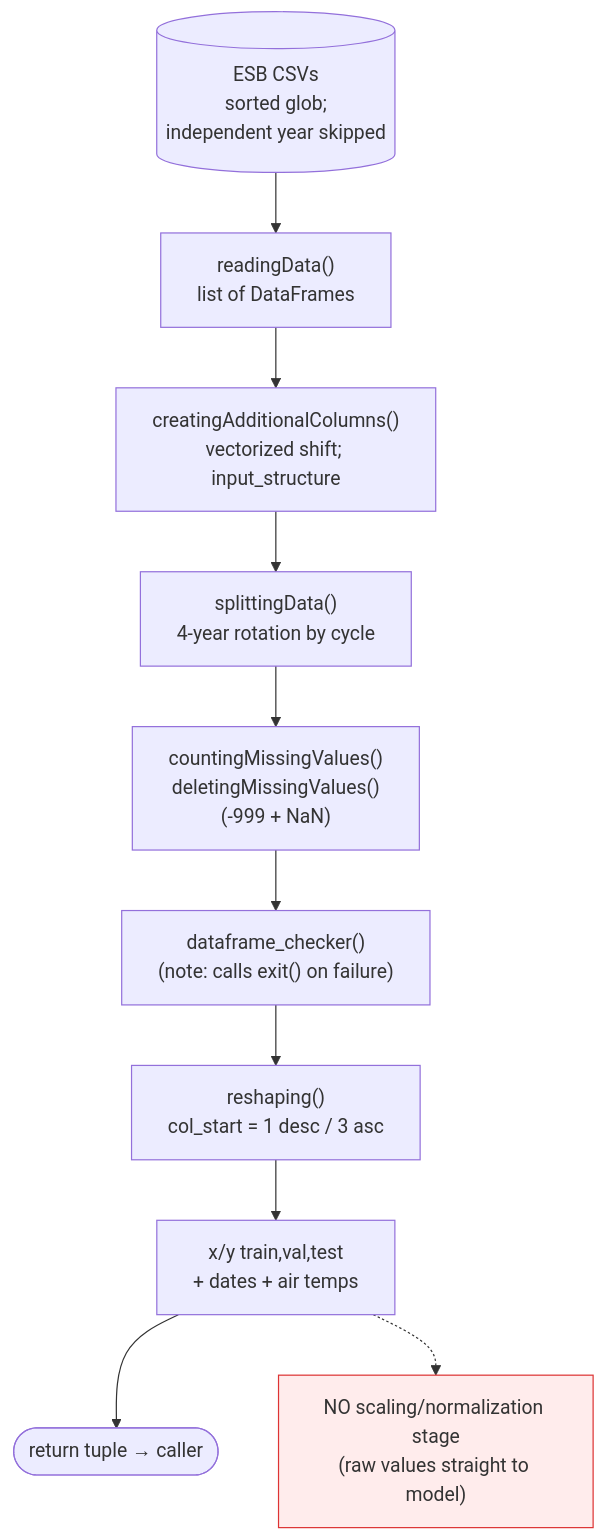
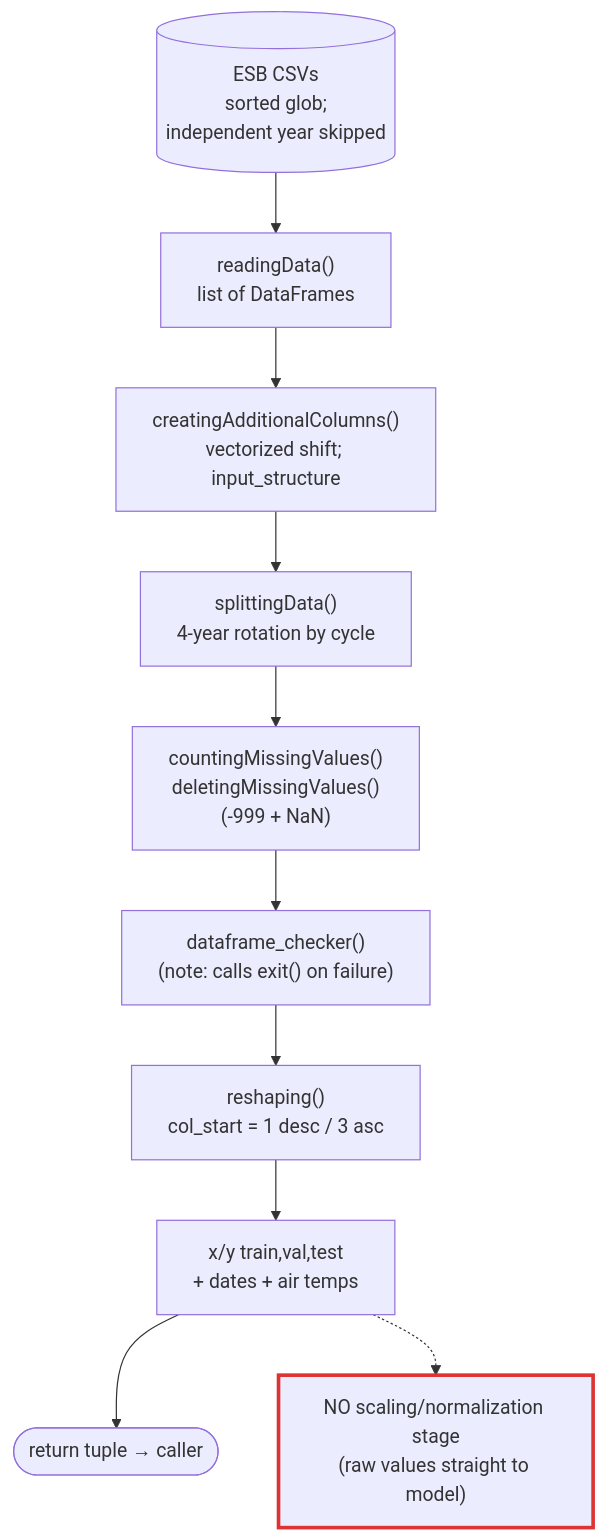
The second of 3 diagrams in docs/ESB_PIPELINE_CURRENT.md (conrad-blucher-institute/UQ4ML_WaterTemp), drawn with Mermaid before and after one commit. The commit also changed other lines of this file and 2 other files, not shown here.

Commit message:
docs: dark-mode-readable mermaid diagrams (borders not fills)
Light classDef fills (fill:#ffecec/#fff3cd/#eef7ee) rendered as light-grey text
on a near-white box in dark mode — unreadable. Drop the fills so node
backgrounds follow the reader's theme; keep the semantic color as a thicker
border (stroke-width:3px). Add a border-color legend to the Stage A and Stage B
TL;DR sections (red=bug/danger, yellow=caution/note, green=new/safe). Make the
V1 grouped diagrams vertical by removing per-subgraph `direction TB` (which had
flipped the parent to a horizontal layout).

````diff
--- a/docs/ESB_PIPELINE_CURRENT.md
+++ b/docs/ESB_PIPELINE_CURRENT.md
@@ -32,16 +32,16 @@
 ```mermaid
 flowchart TB
   csv[("ESB CSVs<br/>sorted glob;<br/>independent year skipped")] --> rd["readingData()<br/>list of DataFrames"]
   rd --> ca["creatingAdditionalColumns()<br/>vectorized shift; input_structure"]
   ca --> sp["splittingData()<br/>4-year rotation by cycle"]
   sp --> cm["countingMissingValues()<br/>deletingMissingValues()<br/>(-999 + NaN)"]
   cm --> dc["dataframe_checker()<br/>(note: calls exit() on failure)"]
   dc --> rs["reshaping()<br/>col_start = 1 desc / 3 asc"]
   rs --> arr["x/y train,val,test<br/>+ dates + air temps"]
   arr --> ret(["return tuple → caller"])
 
   note["NO scaling/normalization stage<br/>(raw values straight to model)"]:::warn
   arr -.-> note
 
-  classDef warn fill:#ffecec,stroke:#d33;
+  classDef warn stroke:#d33,stroke-width:3px;
 ```
````
